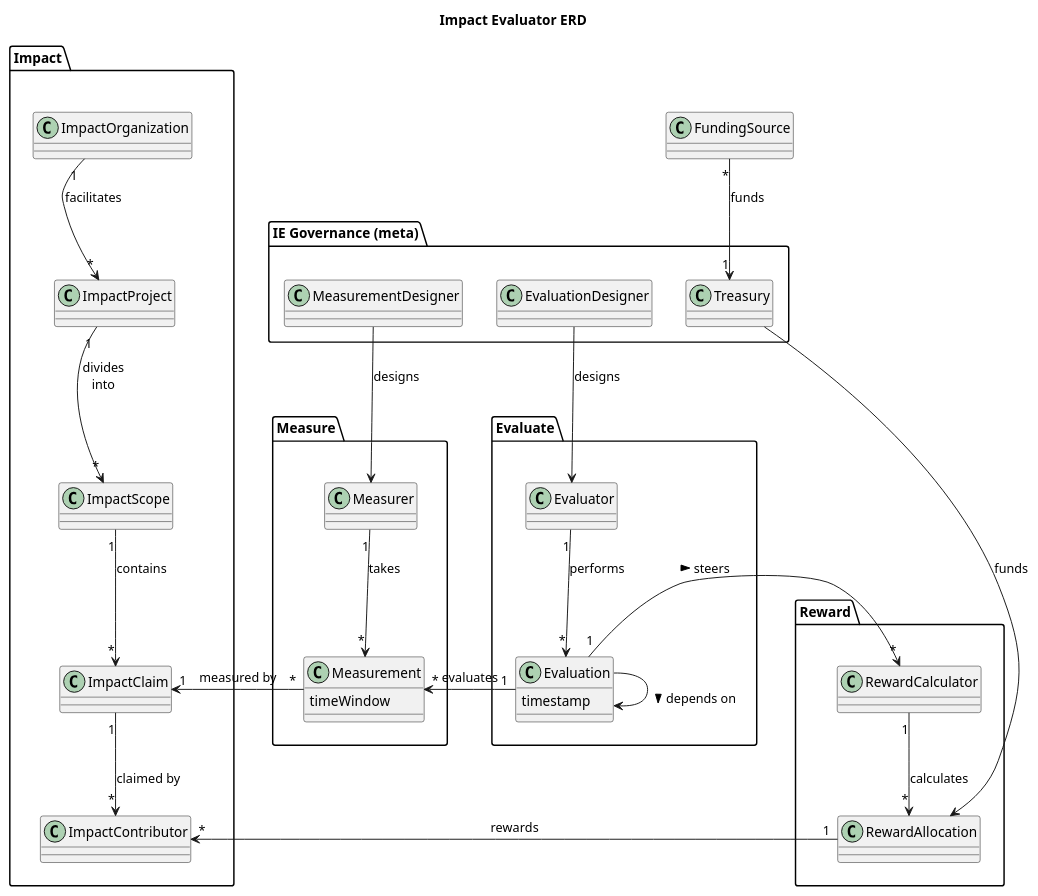
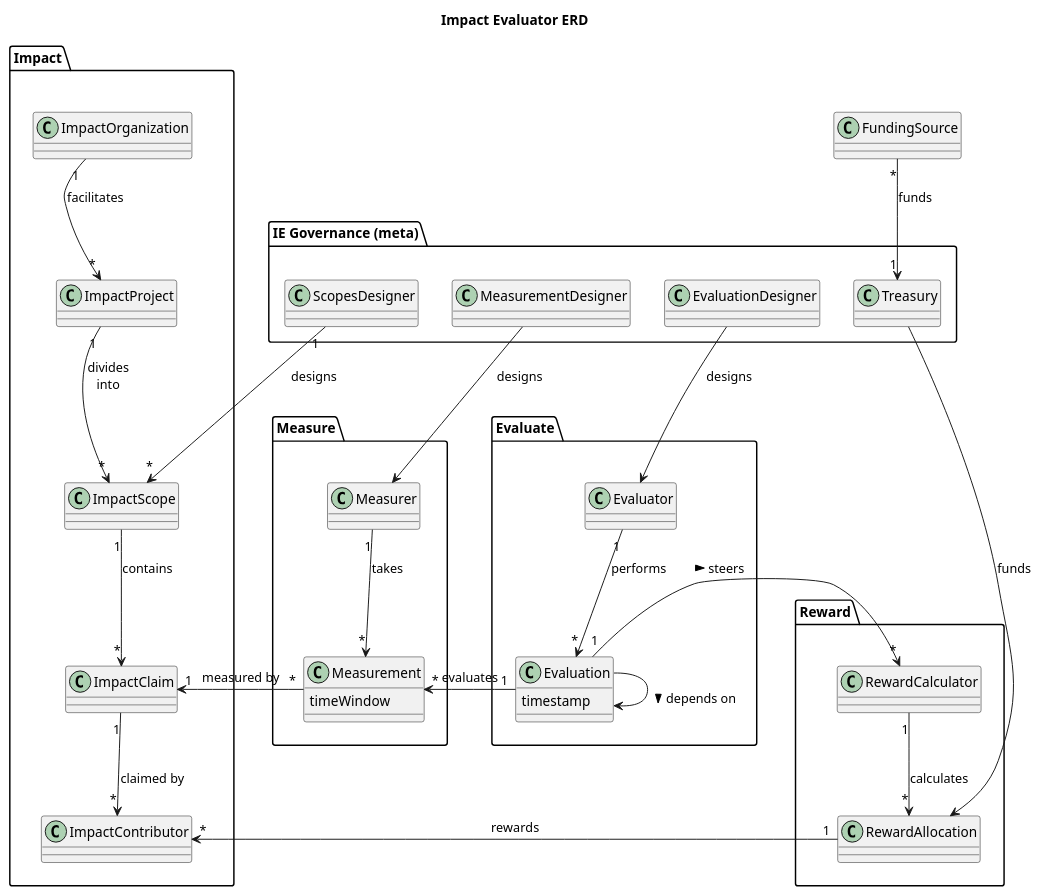
The diagram in ERD.puml (aspiers/ImpactEvaluators), drawn with PlantUML before and after one commit.

Commit message:
add ScopesDesigner

```diff
--- a/ERD.puml
+++ b/ERD.puml
@@ -1,71 +1,77 @@
 @startuml "Impact Evaluator ERD"
 title "Impact Evaluator ERD"
 
 'skinparam linetype ortho
 
 package "IE Governance (meta)" as IEGovernance {
+    class ScopesDesigner {}
+    class MeasurementDesigner {}
     class EvaluationDesigner {}
-    class MeasurementDesigner {}
     class Treasury {}
+
+    'ScopesDesigner -d[hidden]-> MeasurementDesigner
+    MeasurementDesigner -r[hidden]-> EvaluationDesigner
+    EvaluationDesigner -r[hidden]-> Treasury
 }
 
 package Impact {
 
     class ImpactOrganization {}
 
     class ImpactProject {}
 
     class ImpactScope {}
 
     class ImpactClaim {}
 
     class ImpactContributor {}
 
     ImpactOrganization "1" -d-> "*" ImpactProject : facilitates
     ImpactProject "1" -d-> "*" ImpactScope : divides\ninto
     ImpactScope "1" -d-> "*" ImpactClaim : contains
     ImpactClaim "1" -d-> "*" ImpactContributor : claimed by
 }
 
 package Measure {
     class Measurement {
         timeWindow
     }
     class Measurer {}
 
     Measurement "*" -l-> "1" ImpactClaim : measured by
     Measurer "1" --> "*" Measurement : takes
 }
 
 package Evaluate {
     class Evaluation {
         timestamp
     }
     class Evaluator {}
 
     Evaluator "1" -d-> "*" Evaluation : performs
     Evaluation "1" -l-> "*" Measurement : evaluates
     Evaluation --> Evaluation : "\n> depends on"
 }
 
 package Reward {
     class RewardCalculator {}
     class RewardAllocation {}
 
     RewardCalculator "1" --> "*" RewardAllocation : calculates
 }
 
 Impact -r[hidden]--> Measure
 Evaluate -r[hidden]--> Reward
 Measurement -r[hidden]--> Evaluation
 Evaluation -r[hidden]--> RewardCalculator
 
+ScopesDesigner "1" --> "*" ImpactScope : designs
 Treasury -r--> RewardAllocation : funds
 MeasurementDesigner --> Measurer : designs
 EvaluationDesigner --> Evaluator : designs
 Evaluation "1" -r-> "*" RewardCalculator : steers >
 RewardAllocation "1" --[norank]-> "*" ImpactContributor : rewards
 
 FundingSource "*" -d-> "1" Treasury : funds
 
 @enduml
```
